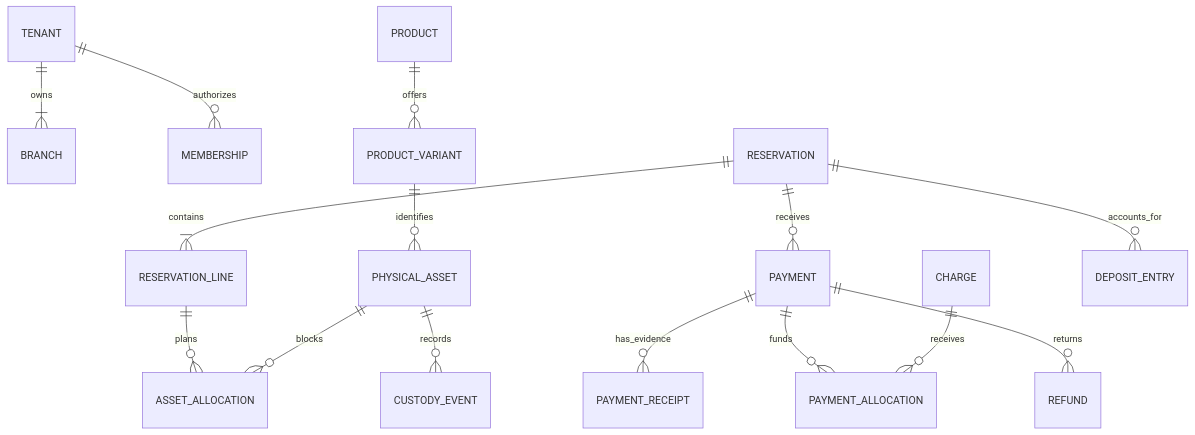
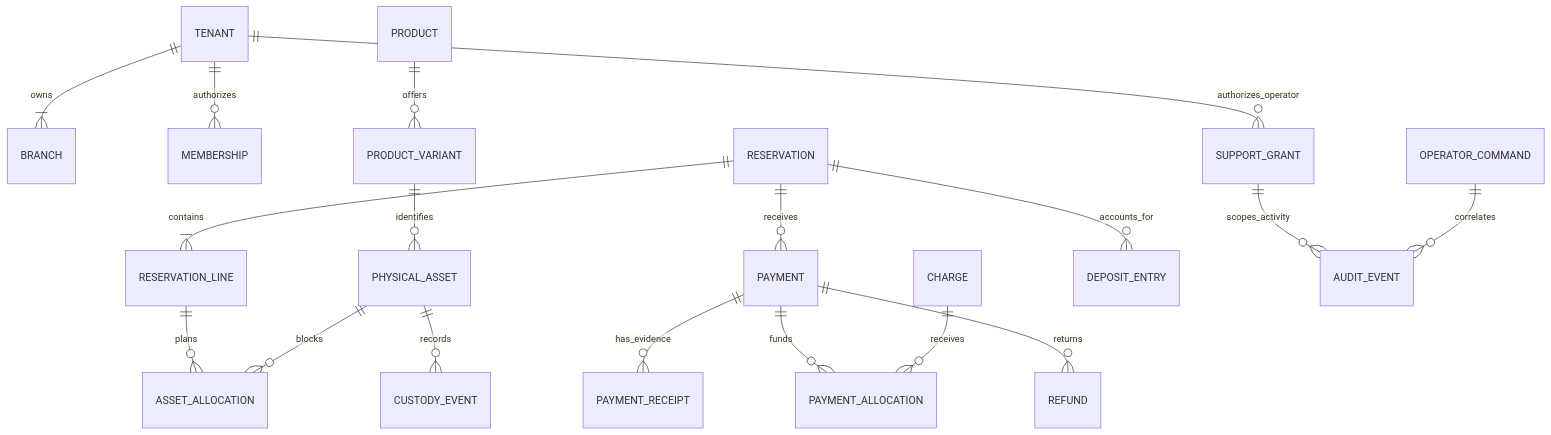
One commit to Drezivo/drezivo changed the diagram in docs/architecture/Drezivo-Data-Model-v2.md. Above: the diagram before and after it, drawn with Mermaid. The commit also changed other lines of this file and 7 other files, not shown here.

Commit message:
feat(db): add v2 operator activity schema

````diff
--- a/docs/architecture/Drezivo-Data-Model-v2.md
+++ b/docs/architecture/Drezivo-Data-Model-v2.md
@@ -28,17 +28,20 @@
 ```mermaid
 erDiagram
   TENANT ||--|{ BRANCH : owns
   TENANT ||--o{ MEMBERSHIP : authorizes
   PRODUCT ||--o{ PRODUCT_VARIANT : offers
   PRODUCT_VARIANT ||--o{ PHYSICAL_ASSET : identifies
   RESERVATION ||--|{ RESERVATION_LINE : contains
   RESERVATION_LINE ||--o{ ASSET_ALLOCATION : plans
   PHYSICAL_ASSET ||--o{ ASSET_ALLOCATION : blocks
   PHYSICAL_ASSET ||--o{ CUSTODY_EVENT : records
   RESERVATION ||--o{ PAYMENT : receives
   PAYMENT ||--o{ PAYMENT_RECEIPT : has_evidence
   PAYMENT ||--o{ PAYMENT_ALLOCATION : funds
   CHARGE ||--o{ PAYMENT_ALLOCATION : receives
   PAYMENT ||--o{ REFUND : returns
   RESERVATION ||--o{ DEPOSIT_ENTRY : accounts_for
+  TENANT ||--o{ SUPPORT_GRANT : authorizes_operator
+  SUPPORT_GRANT ||--o{ AUDIT_EVENT : scopes_activity
+  OPERATOR_COMMAND ||--o{ AUDIT_EVENT : correlates
 ```
````
